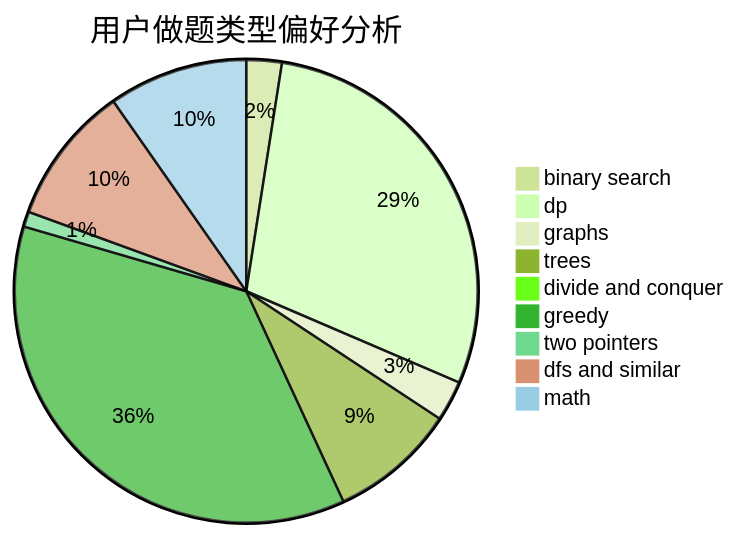
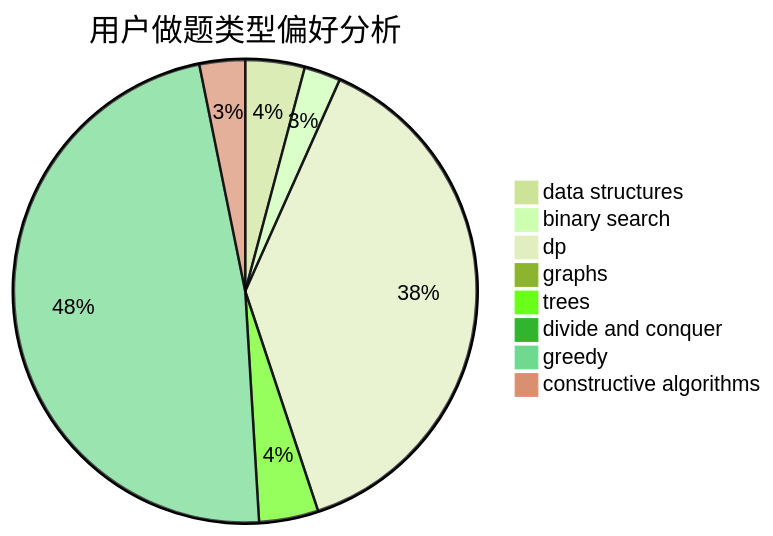
Before and after one commit to sherpahu/cfrs.github.io: the second of 3 diagrams in docs/user/u1065.md, drawn with Mermaid (forest theme). The commit also changed other lines of this file and 2775 other files, not shown here.

````diff
--- a/docs/user/u1065.md
+++ b/docs/user/u1065.md
@@ -23,12 +23,11 @@
 ```mermaid
 pie title 用户做题类型偏好分析
-    "binary search" :  14
-    "dp" :  164
-    "graphs" :  16
-    "trees" :  50
+    "data structures" :  13
+    "binary search" :  8
+    "dp" :  120
+    "graphs" :  0
+    "trees" :  13
     "divide and conquer" :  0
-    "greedy" :  206
-    "two pointers" :  6
-    "dfs and similar" :  55
-    "math" :  55
+    "greedy" :  150
+    "constructive algorithms" :  10
 ```
````
